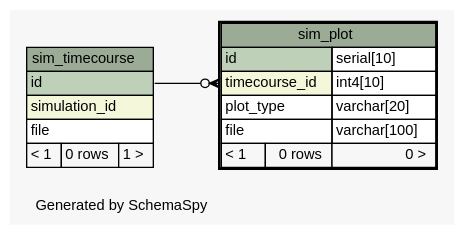
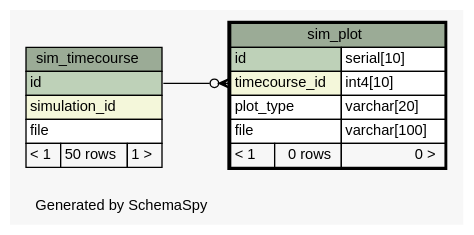
Before and after one commit to jingyayeah/multiscale-galactose: the diagram in database/schema/diagrams/sim_plot.1degree.dot, drawn with Graphviz. The commit also changed 102 other files, not shown here.

Commit message:
Database schema updated

```diff
--- a/database/schema/diagrams/sim_plot.1degree.dot
+++ b/database/schema/diagrams/sim_plot.1degree.dot
@@ -1,48 +1,48 @@
 // dot 2.26.3 on Linux 3.11.0-12-generic
 // SchemaSpy rev 590
 digraph "oneDegreeRelationshipsDiagram" {
   graph [
     rankdir="RL"
     bgcolor="#f7f7f7"
     label="\nGenerated by SchemaSpy"
     labeljust="l"
     nodesep="0.18"
     ranksep="0.46"
     fontname="Helvetica"
     fontsize="11"
   ];
   node [
     fontname="Helvetica"
     fontsize="11"
     shape="plaintext"
   ];
   edge [
     arrowsize="0.8"
   ];
   "sim_plot":"timecourse_id":w -> "sim_timecourse":"id":e [arrowhead=none dir=back arrowtail=crowodot];
   "sim_plot" [
     label=<
     <TABLE BORDER="2" CELLBORDER="1" CELLSPACING="0" BGCOLOR="#ffffff">
       <TR><TD COLSPAN="3" BGCOLOR="#9bab96" ALIGN="CENTER">sim_plot</TD></TR>
       <TR><TD PORT="id" COLSPAN="2" BGCOLOR="#bed1b8" ALIGN="LEFT">id</TD><TD PORT="id.type" ALIGN="LEFT">serial[10]</TD></TR>
       <TR><TD PORT="timecourse_id" COLSPAN="2" BGCOLOR="#f4f7da" ALIGN="LEFT">timecourse_id</TD><TD PORT="timecourse_id.type" ALIGN="LEFT">int4[10]</TD></TR>
       <TR><TD PORT="plot_type" COLSPAN="2" ALIGN="LEFT">plot_type</TD><TD PORT="plot_type.type" ALIGN="LEFT">varchar[20]</TD></TR>
       <TR><TD PORT="file" COLSPAN="2" ALIGN="LEFT">file</TD><TD PORT="file.type" ALIGN="LEFT">varchar[100]</TD></TR>
       <TR><TD ALIGN="LEFT" BGCOLOR="#f7f7f7">&lt; 1</TD><TD ALIGN="RIGHT" BGCOLOR="#f7f7f7">0 rows</TD><TD ALIGN="RIGHT" BGCOLOR="#f7f7f7">0 &gt;</TD></TR>
     </TABLE>>
     URL="sim_plot.html"
     tooltip="sim_plot"
   ];
   "sim_timecourse" [
     label=<
     <TABLE BORDER="0" CELLBORDER="1" CELLSPACING="0" BGCOLOR="#ffffff">
       <TR><TD COLSPAN="3" BGCOLOR="#9bab96" ALIGN="CENTER">sim_timecourse</TD></TR>
       <TR><TD PORT="id" COLSPAN="3" BGCOLOR="#bed1b8" ALIGN="LEFT">id</TD></TR>
       <TR><TD PORT="simulation_id" COLSPAN="3" BGCOLOR="#f4f7da" ALIGN="LEFT">simulation_id</TD></TR>
       <TR><TD PORT="file" COLSPAN="3" ALIGN="LEFT">file</TD></TR>
-      <TR><TD ALIGN="LEFT" BGCOLOR="#f7f7f7">&lt; 1</TD><TD ALIGN="RIGHT" BGCOLOR="#f7f7f7">0 rows</TD><TD ALIGN="RIGHT" BGCOLOR="#f7f7f7">1 &gt;</TD></TR>
+      <TR><TD ALIGN="LEFT" BGCOLOR="#f7f7f7">&lt; 1</TD><TD ALIGN="RIGHT" BGCOLOR="#f7f7f7">50 rows</TD><TD ALIGN="RIGHT" BGCOLOR="#f7f7f7">1 &gt;</TD></TR>
     </TABLE>>
     URL="sim_timecourse.html"
     tooltip="sim_timecourse"
   ];
 }
```
